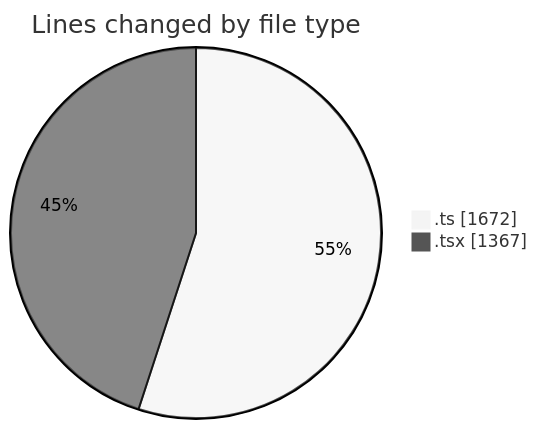
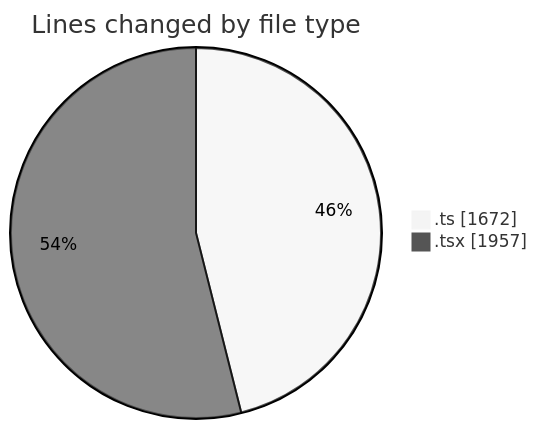
The first of 2 diagrams in 2026-08-21/nxtqube_webapp/README.md (nxtqubesakshisongat/code-tracking), drawn with Mermaid (neutral theme) before and after one commit. The commit also changed other lines of this file and 1 other file, not shown here.

````diff
--- a/2026-08-21/nxtqube_webapp/README.md
+++ b/2026-08-21/nxtqube_webapp/README.md
@@ -30,6 +31,6 @@
 ```mermaid
 pie showData
 title Lines changed by file type
 ".ts" : 1672
-".tsx" : 1367
+".tsx" : 1957
 ```
````
